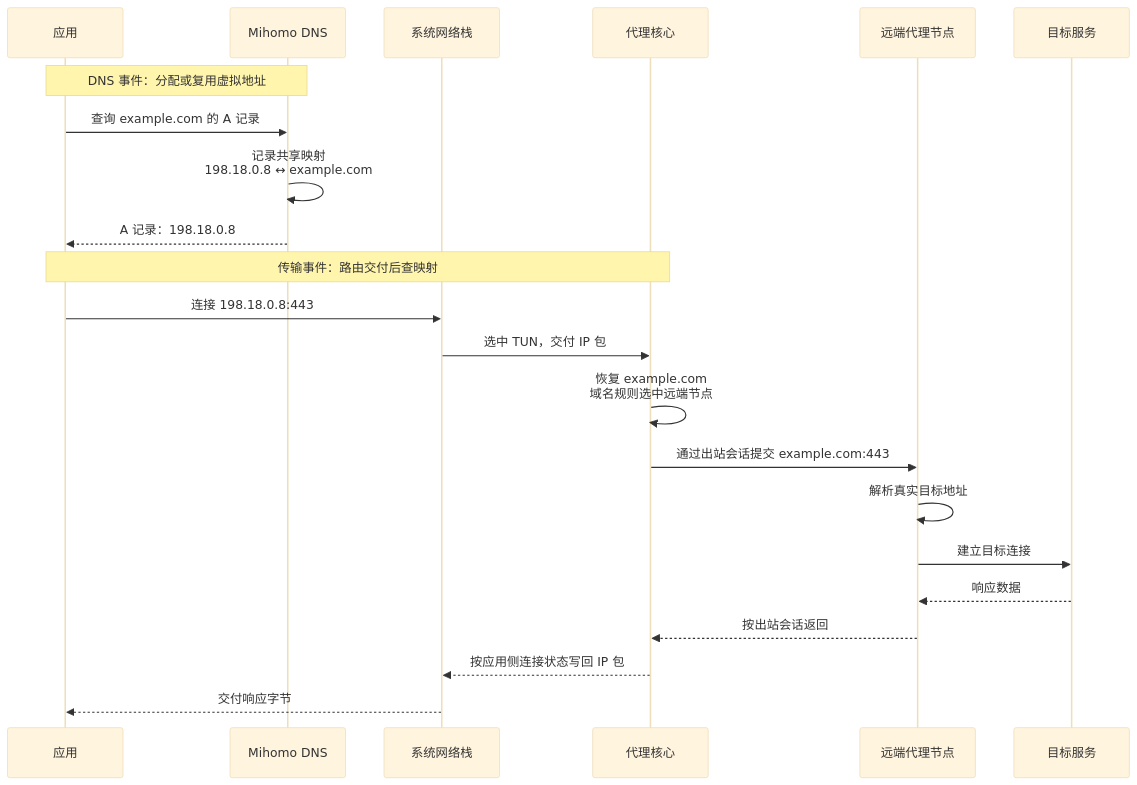
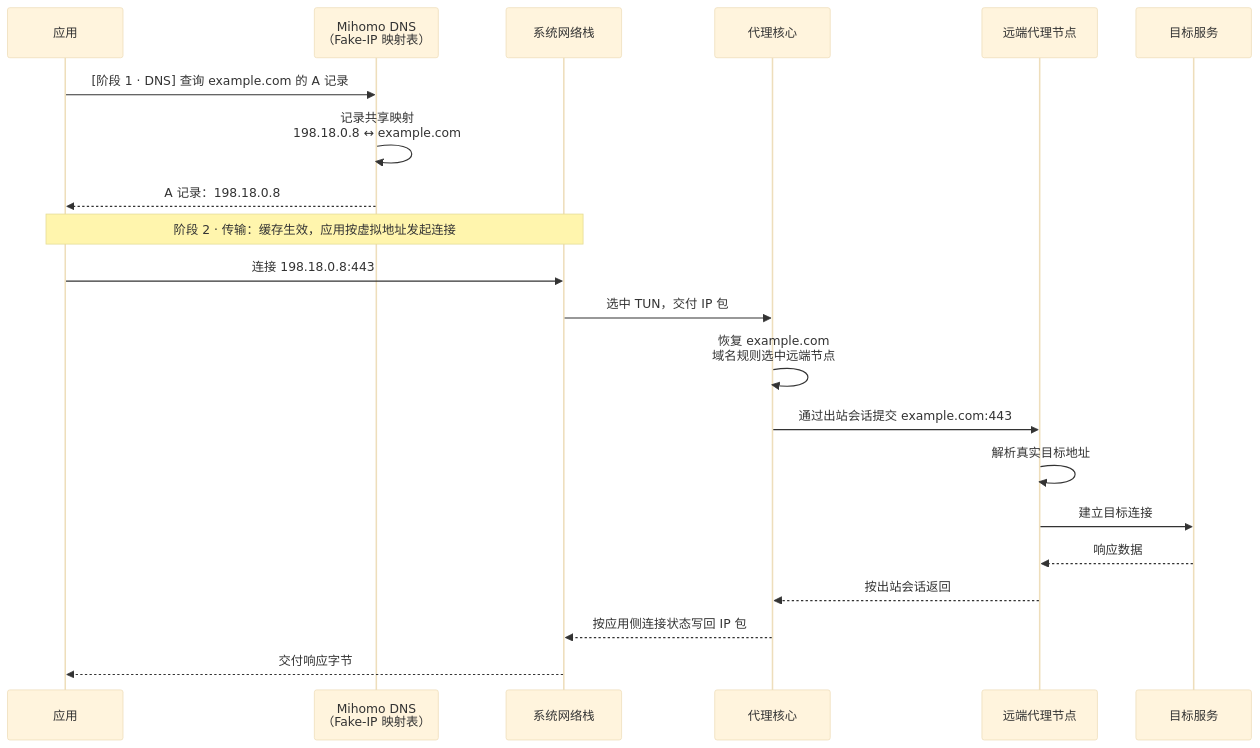
The first of 4 diagrams in content/posts/networking/proxies-tunnels-transparent-interception.md (fordelkon/delkon.us.kg), drawn with Mermaid (base theme) before and after one commit. The commit also changed other lines of this file and 8 other files, not shown here.

First line of the commit message:
docs: audit networking series with C17 examples and diagram fixes

````diff
--- a/content/posts/networking/proxies-tunnels-transparent-interception.md
+++ b/content/posts/networking/proxies-tunnels-transparent-interception.md
@@ -87,24 +120,23 @@
 ```mermaid title="Fake-IP 的两次事件：DNS 建映射，连接查映射" description="DNS 和代理核心共享地址映射。缓存中的回答可以稍后用于连接。本图只展开命中域名规则且出站支持传域名的情形；箭头表示逻辑交付顺序，不按耗时绘制。"
 sequenceDiagram
  participant App as 应用
- participant DNS as Mihomo DNS
+ participant DNS as Mihomo DNS<br/>（Fake-IP 映射表）
  participant OS as 系统网络栈
  participant Core as 代理核心
  participant Node as 远端代理节点
  participant Target as 目标服务
- Note over App,DNS: DNS 事件：分配或复用虚拟地址
- App->>DNS: 查询 example.com 的 A 记录
+ App->>DNS: [阶段 1 · DNS] 查询 example.com 的 A 记录
  DNS->>DNS: 记录共享映射<br/>198.18.0.8 ↔ example.com
  DNS-->>App: A 记录：198.18.0.8
- Note over App,Core: 传输事件：路由交付后查映射
+ Note over App,OS: 阶段 2 · 传输：缓存生效，应用按虚拟地址发起连接
  App->>OS: 连接 198.18.0.8:443
  OS->>Core: 选中 TUN，交付 IP 包
  Core->>Core: 恢复 example.com<br/>域名规则选中远端节点
  Core->>Node: 通过出站会话提交 example.com:443
  Node->>Node: 解析真实目标地址
  Node->>Target: 建立目标连接
  Target-->>Node: 响应数据
  Node-->>Core: 按出站会话返回
  Core-->>OS: 按应用侧连接状态写回 IP 包
  OS-->>App: 交付响应字节
 ```
````
